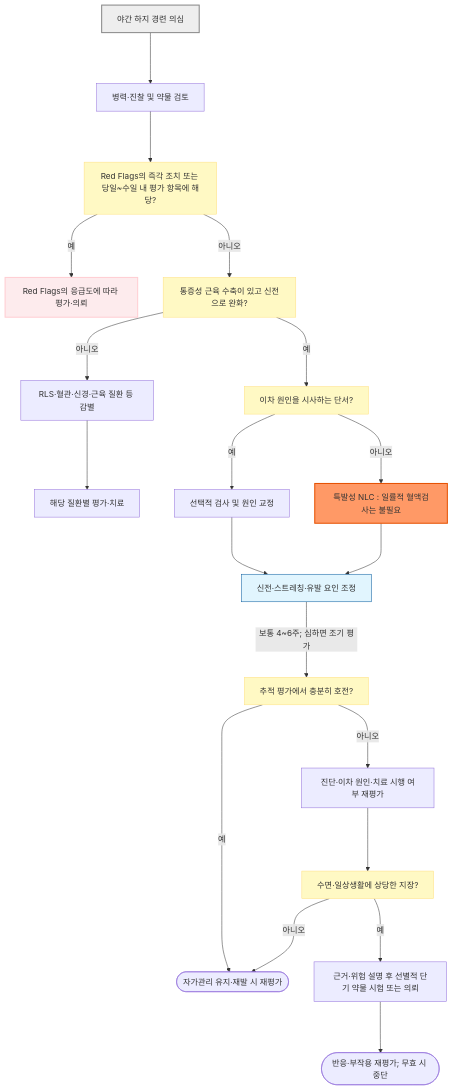
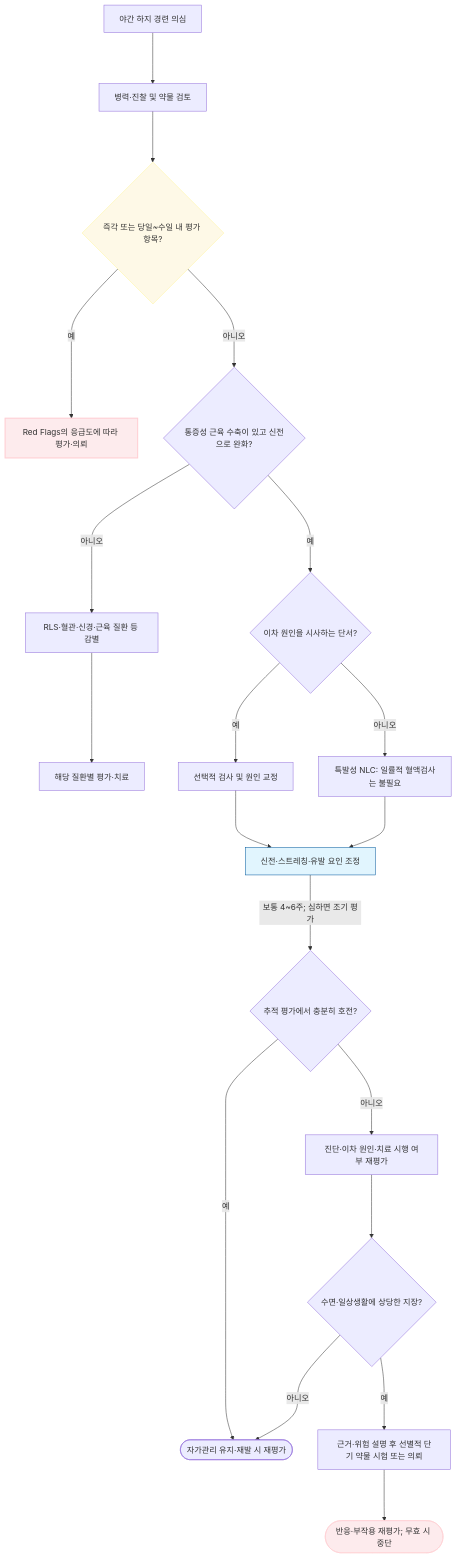
One commit to familyoh77/familyoh77 changed the diagram in 228_/148_-nocturnal-leg-cramp.md. Above: the diagram before and after it, drawn with Mermaid. The commit also changed other lines of this file and 9 other files, not shown here.

````diff
--- a/228_/148_-nocturnal-leg-cramp.md
+++ b/228_/148_-nocturnal-leg-cramp.md
@@ -99,28 +99,26 @@
 ```mermaid
 graph TD
     A["야간 하지 경련 의심"] ---> B["병력·진찰 및 약물 검토"]
-    B ---> D["Red Flags의 즉각 조치 또는 당일~수일 내 평가 항목에 해당?"]
-    D --->|"예"| F["Red Flags의 응급도에 따라 평가·의뢰"]
-    D --->|"아니오"| C["통증성 근육 수축이 있고 신전으로 완화?"]
-    C --->|"아니오"| E["RLS·혈관·신경·근육 질환 등 감별"]
+    B ---> D{"즉각 또는 당일~수일 내 평가 항목?"}
+    D --->|예| F["Red Flags의 응급도에 따라 평가·의뢰"]
+    D --->|아니오| C{"통증성 근육 수축이 있고 신전으로 완화?"}
+    C --->|아니오| E["RLS·혈관·신경·근육 질환 등 감별"]
     E ---> O["해당 질환별 평가·치료"]
-    C --->|"예"| G["이차 원인을 시사하는 단서?"]
-    G --->|"예"| P["선택적 검사 및 원인 교정"]
-    G --->|"아니오"| H["특발성 NLC : 일률적 혈액검사는 불필요"]
+    C --->|예| G{"이차 원인을 시사하는 단서?"}
+    G --->|예| P["선택적 검사 및 원인 교정"]
+    G --->|아니오| H["특발성 NLC: 일률적 혈액검사는 불필요"]
     P ---> Q["신전·스트레칭·유발 요인 조정"]
     H ---> Q
-    Q --->|"보통 4~6주; 심하면 조기 평가"| I["추적 평가에서 충분히 호전?"]
-    I --->|"예"| J(["자가관리 유지·재발 시 재평가"])
-    I --->|"아니오"| K["진단·이차 원인·치료 시행 여부 재평가"]
-    K ---> L["수면·일상생활에 상당한 지장?"]
-    L --->|"아니오"| J
-    L --->|"예"| M["근거·위험 설명 후 선별적 단기 약물 시험 또는 의뢰"]
+    Q --->|보통 4~6주; 심하면 조기 평가| I{"추적 평가에서 충분히 호전?"}
+    I --->|예| J(["자가관리 유지·재발 시 재평가"])
+    I --->|아니오| K["진단·이차 원인·치료 시행 여부 재평가"]
+    K ---> L{"수면·일상생활에 상당한 지장?"}
+    L --->|아니오| J
+    L --->|예| M["근거·위험 설명 후 선별적 단기 약물 시험 또는 의뢰"]
     M ---> N(["반응·부작용 재평가; 무효 시 중단"])
 
-    classDef question fill:#fff9c4,stroke:#ffe082
-    class D,C,G,I,L question
-    style A fill:#eeeeee,stroke:#888888,stroke-width:2px
+    style D fill:#fef9e7,stroke:#fff59d
     style F fill:#fdebed,stroke:#ffcdd2,stroke-width:2px
-    style H fill:#f96,stroke:#e65100,stroke-width:2px
     style Q fill:#e1f5fe,stroke:#01579b
+    style N fill:#fdebed,stroke:#ffcdd2
 ```
````
